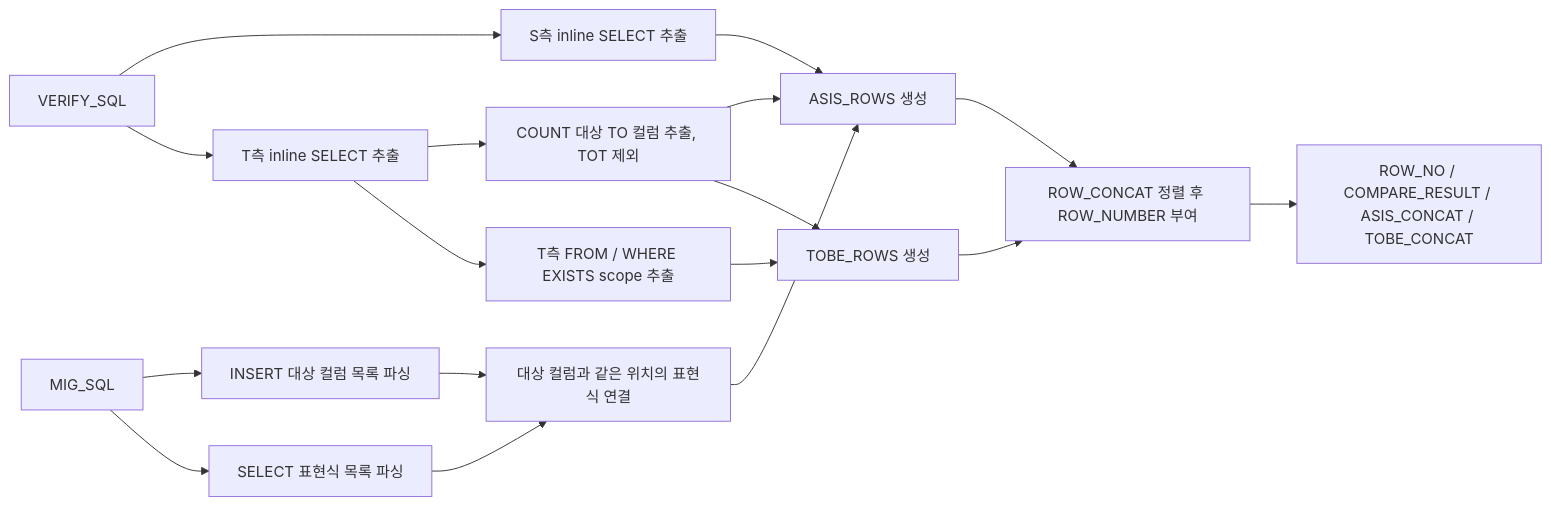
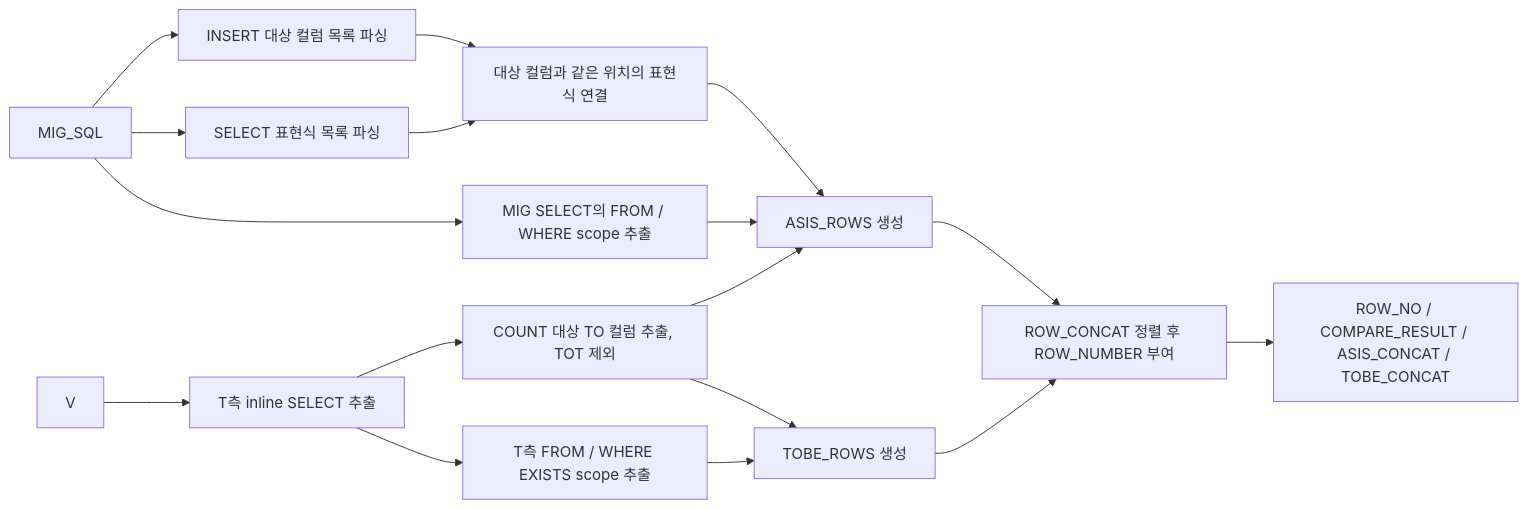
The second of 2 diagrams in smartMigrate_2.0_Langflow/00_guide/00_executor2_full_row_verify_guide.md (seongikjin227-jpg/refactoring_smartMigrate), drawn with Mermaid before and after one commit. The commit also changed other lines of this file and 2 other files, not shown here.

````diff
--- a/smartMigrate_2.0_Langflow/00_guide/00_executor2_full_row_verify_guide.md
+++ b/smartMigrate_2.0_Langflow/00_guide/00_executor2_full_row_verify_guide.md
@@ -112,19 +112,19 @@
 ```mermaid
 flowchart LR
     M[MIG_SQL] --> M1[INSERT 대상 컬럼 목록 파싱]
     M --> M2[SELECT 표현식 목록 파싱]
-    V[VERIFY_SQL] --> V0[S측 inline SELECT 추출]
+    M --> M3[MIG SELECT의 FROM / WHERE scope 추출]
     V --> V1[T측 inline SELECT 추출]
     V1 --> V2[COUNT 대상 TO 컬럼 추출, TOT 제외]
     V1 --> V3[T측 FROM / WHERE EXISTS scope 추출]
     M1 --> X[대상 컬럼과 같은 위치의 표현식 연결]
     M2 --> X
-    V0 --> A[ASIS_ROWS 생성]
+    M3 --> A[ASIS_ROWS 생성]
     V2 --> A
     V2 --> T[TOBE_ROWS 생성]
     V3 --> T
     X --> A
     A --> O[ROW_CONCAT 정렬 후 ROW_NUMBER 부여]
     T --> O
     O --> R[ROW_NO / COMPARE_RESULT / ASIS_CONCAT / TOBE_CONCAT]
 ```
````
